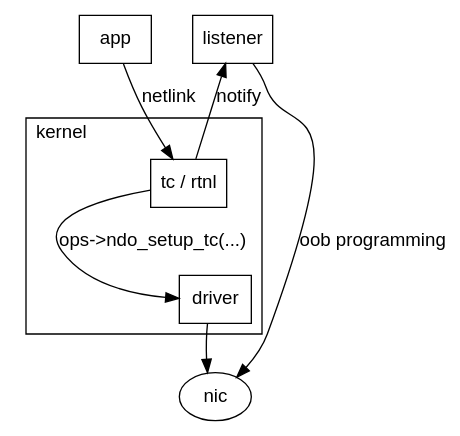
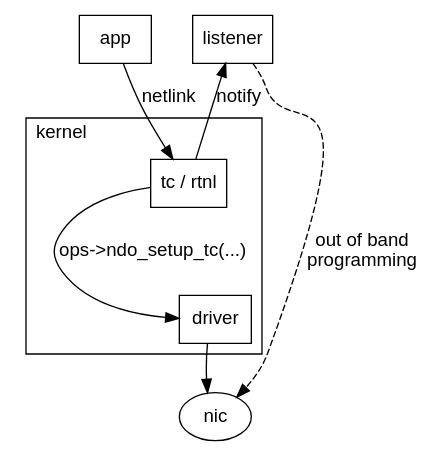
The second of 4 diagrams in netlink/README.org (donaldh/opi-proto), drawn with Graphviz before and after one commit. The commit also changed other lines of this file and 2 other files, not shown here.

Commit message:
Update couple of diagrams

```diff
--- a/netlink/README.org
+++ b/netlink/README.org
@@ -42,29 +42,29 @@
 #+begin_src dot :file mirror_state.png :exports results
  digraph mirror_state {
         fontname="Arial"
         node [fontname="Arial"]
         edge [fontname="Arial"]
 
         subgraph user_space {
                 app [shape=box]
                 listener [shape=box]
                 rank = same;
         }
         subgraph cluster_kernel {
                 label = "kernel"
                 labeljust = "l"
                 tc [shape=box; label="tc / rtnl"]
                 driver [shape=box]
         }
 
         app -> tc [label="netlink"]
         tc -> listener [label="notify"]
         tc -> driver [label="ops->ndo_setup_tc(...)"]
         driver -> nic
 
-        listener -> nic [label="oob programming"]
+        listener -> nic [label="out of band\nprogramming" style=dashed]
 
         edge[style=invis]
         listener->tc->driver->nic
  }
 #+end_src
```
